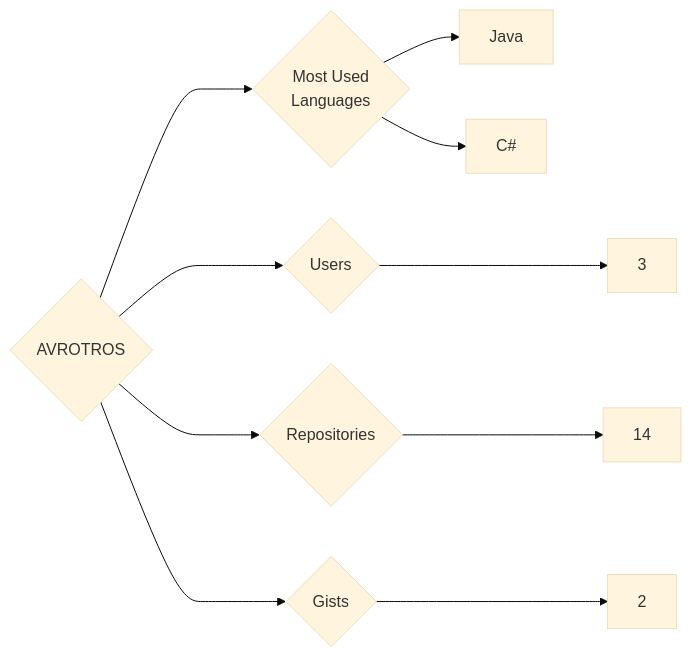
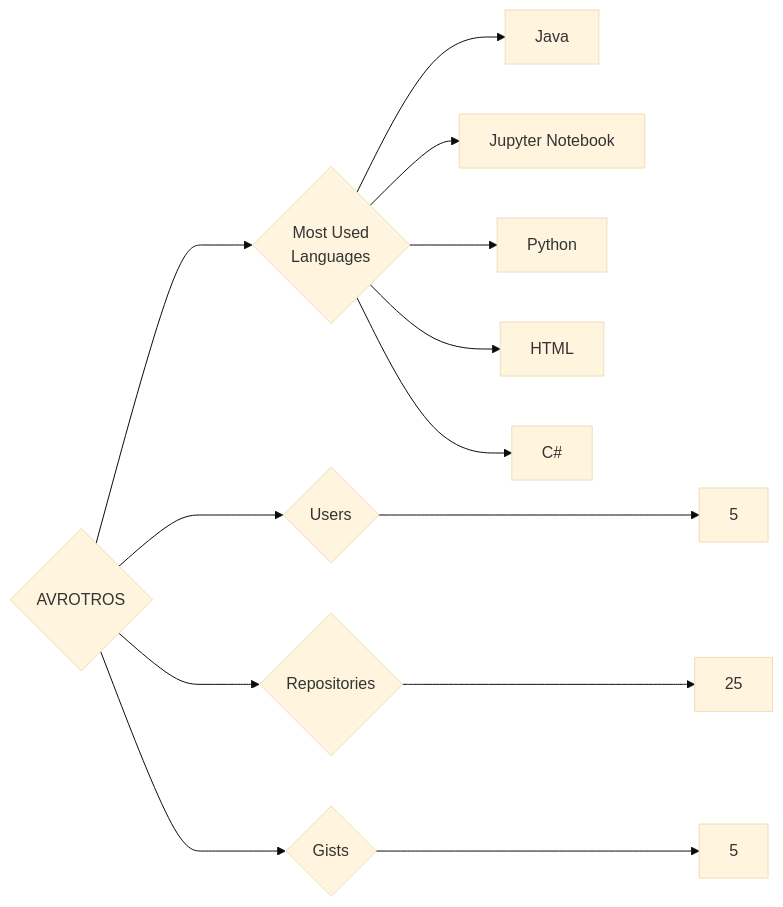
The diagram in targets/AVROTROS/README.md (trickest/insiders), drawn with Mermaid (base theme) before and after one commit. The commit also changed 681 other files, not shown here.

````diff
--- a/targets/AVROTROS/README.md
+++ b/targets/AVROTROS/README.md
@@ -3,10 +3,13 @@
 ```mermaid
 graph LR
 COMPANY_NAME{AVROTROS}
-COMPANY_NAME ---> U{Users} ---> UN[3]
-COMPANY_NAME ---> R{Repositories} ---> RN[14]
-COMPANY_NAME ---> G{Gists} ---> GN[2]
+COMPANY_NAME ---> U{Users} ---> UN[5]
+COMPANY_NAME ---> R{Repositories} ---> RN[25]
+COMPANY_NAME ---> G{Gists} ---> GN[5]
 COMPANY_NAME ---> ML{Most Used<br>Languages}
 ML --> Java[Java]
+ML --> Jupyter_Notebook[Jupyter Notebook]
+ML --> Python[Python]
+ML --> HTML[HTML]
 ML --> C#[C#]
 ```
````
